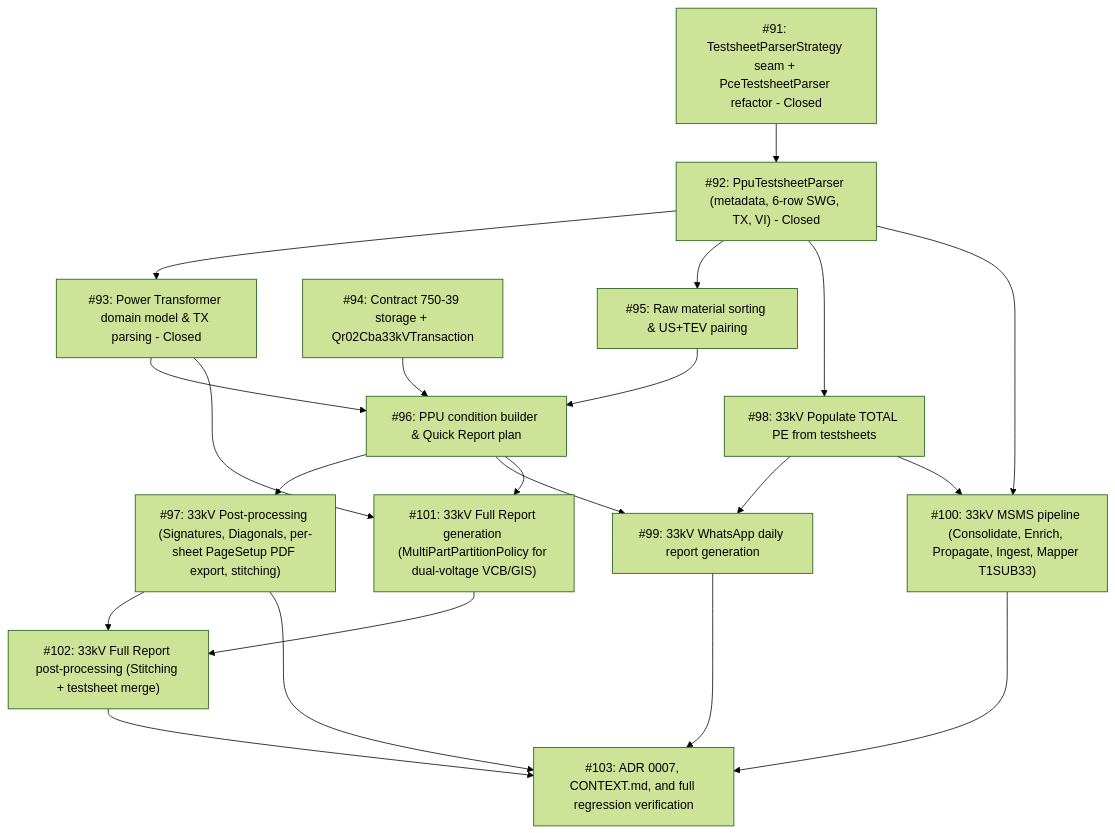
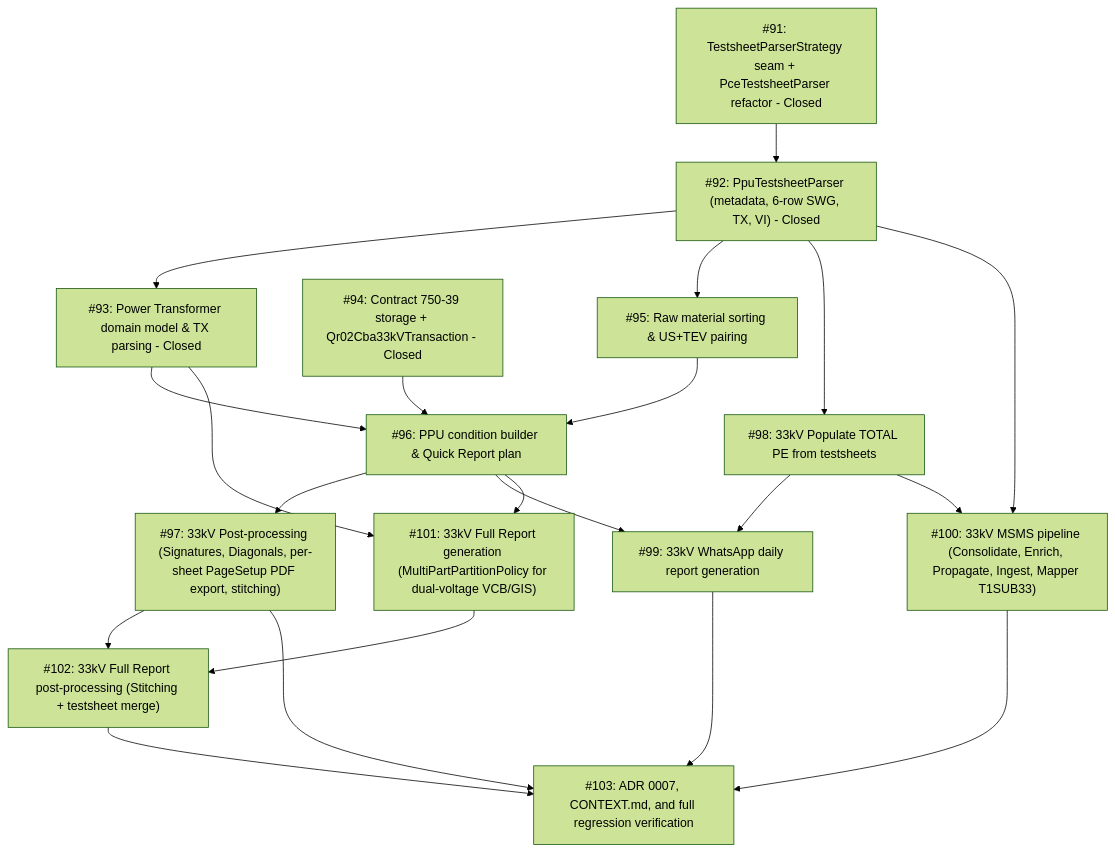
Before and after one commit to adamlarGit/pahang-cli: the diagram in .wayfinder/33kv-system-workflow/map.md, drawn with Mermaid (forest theme). The commit also changed other lines of this file and 1 other file, not shown here.

Commit message:
docs(wayfinder): close ticket #094 in map and tickets

````diff
--- a/.wayfinder/33kv-system-workflow/map.md
+++ b/.wayfinder/33kv-system-workflow/map.md
@@ -55,37 +55,37 @@
 ```mermaid
 graph TD
     T91["#91: TestsheetParserStrategy seam + PceTestsheetParser refactor - Closed"]
     T92["#92: PpuTestsheetParser (metadata, 6-row SWG, TX, VI) - Closed"]
     T93["#93: Power Transformer domain model & TX parsing - Closed"]
-    T94["#94: Contract 750-39 storage + Qr02Cba33kVTransaction"]
+    T94["#94: Contract 750-39 storage + Qr02Cba33kVTransaction - Closed"]
     T95["#95: Raw material sorting & US+TEV pairing"]
     T96["#96: PPU condition builder & Quick Report plan"]
     T97["#97: 33kV Post-processing (Signatures, Diagonals, per-sheet PageSetup PDF export, stitching)"]
     T98["#98: 33kV Populate TOTAL PE from testsheets"]
     T99["#99: 33kV WhatsApp daily report generation"]
     T100["#100: 33kV MSMS pipeline (Consolidate, Enrich, Propagate, Ingest, Mapper T1SUB33)"]
     T101["#101: 33kV Full Report generation (MultiPartPartitionPolicy for dual-voltage VCB/GIS)"]
     T102["#102: 33kV Full Report post-processing (Stitching + testsheet merge)"]
     T103["#103: ADR 0007, CONTEXT.md, and full regression verification"]
 
     T91 --> T92
     T92 --> T93
     T92 --> T95
     T92 --> T98
     T94 --> T96
     T93 --> T96
     T95 --> T96
     T96 --> T97
     T96 --> T99
     T98 --> T99
     T98 --> T100
     T92 --> T100
     T93 --> T101
     T96 --> T101
     T97 --> T102
     T101 --> T102
     T97 --> T103
     T99 --> T103
     T100 --> T103
     T102 --> T103
 ```
````
